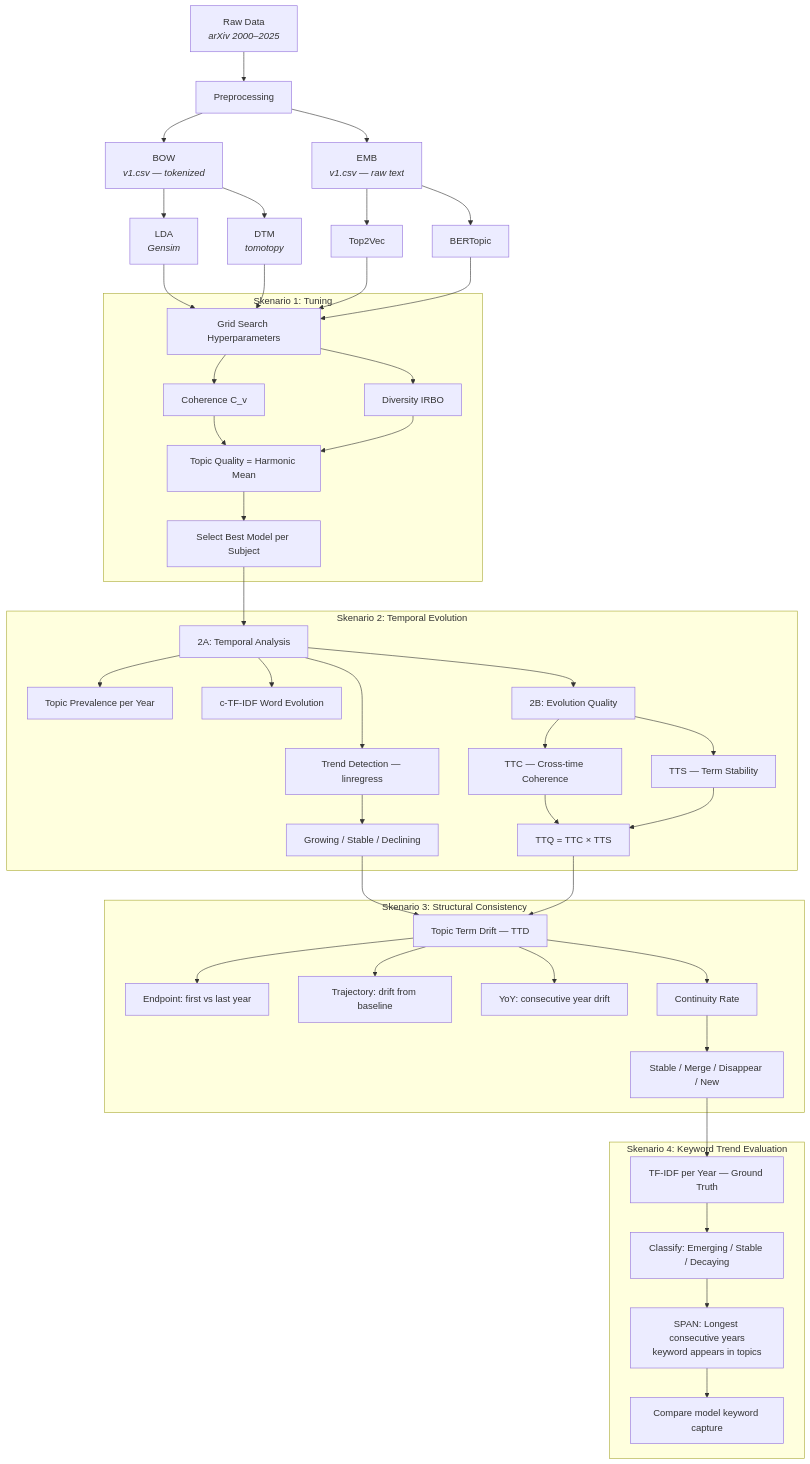
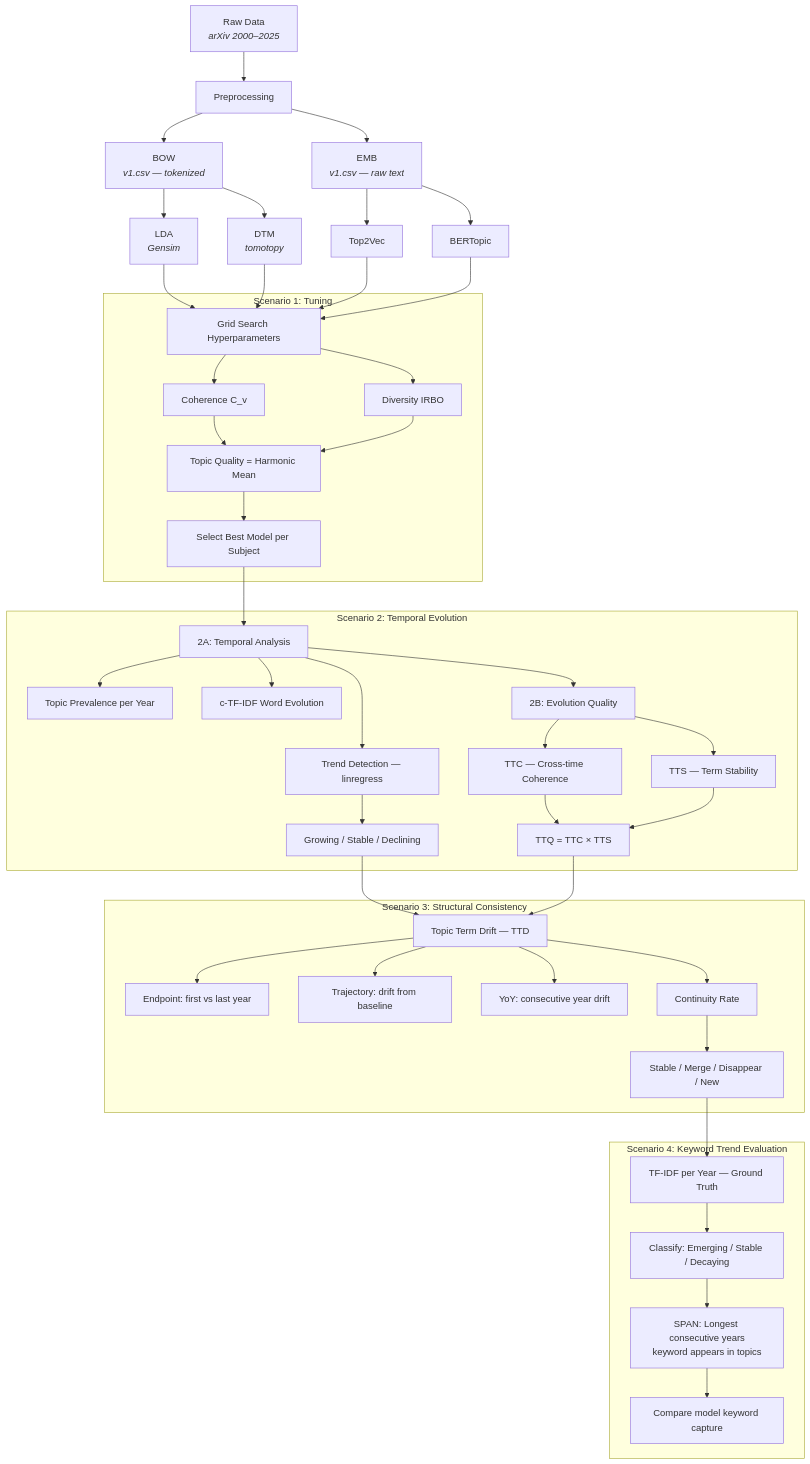
Before and after one commit to unedtamps/my-thesis: the diagram in README.md, drawn with Mermaid. The commit also changed other lines of this file and 27 other files, not shown here.

````diff
--- a/README.md
+++ b/README.md
@@ -7,58 +7,58 @@
 ```mermaid
 graph TD
     A["Raw Data<br/><i>arXiv 2000–2025</i>"] --> B["Preprocessing"]
 
     B --> C["BOW<br/><i>v1.csv — tokenized</i>"]
     B --> D["EMB<br/><i>v1.csv — raw text</i>"]
 
     C --> E["LDA<br/><i>Gensim</i>"]
     C --> F["DTM<br/><i>tomotopy</i>"]
     D --> G["Top2Vec"]
     D --> H["BERTopic"]
 
     E & F & G & H --> S1
 
-    subgraph S1g ["Skenario 1: Tuning"]
+    subgraph S1g ["Scenario 1: Tuning"]
         S1["Grid Search Hyperparameters"]
         S1 --> S1a["Coherence C_v"]
         S1 --> S1b["Diversity IRBO"]
         S1a & S1b --> S1c["Topic Quality = Harmonic Mean"]
         S1c --> S1d["Select Best Model per Subject"]
     end
 
     S1d --> S2
 
-    subgraph S2g ["Skenario 2: Temporal Evolution"]
+    subgraph S2g ["Scenario 2: Temporal Evolution"]
         S2["2A: Temporal Analysis"]
         S2 --> S2a["Topic Prevalence per Year"]
         S2 --> S2b["c-TF-IDF Word Evolution"]
         S2 --> S2c["Trend Detection — linregress"]
         S2c --> S2d["Growing / Stable / Declining"]
 
         S2 --> S2e["2B: Evolution Quality"]
         S2e --> S2f["TTC — Cross-time Coherence"]
         S2e --> S2g2["TTS — Term Stability"]
         S2f & S2g2 --> S2h["TTQ = TTC × TTS"]
     end
 
     S2d & S2h --> S3
 
-    subgraph S3g ["Skenario 3: Structural Consistency"]
+    subgraph S3g ["Scenario 3: Structural Consistency"]
         S3["Topic Term Drift — TTD"]
         S3 --> S3a["Endpoint: first vs last year"]
         S3 --> S3b["Trajectory: drift from baseline"]
         S3 --> S3c["YoY: consecutive year drift"]
 
         S3 --> S3d["Continuity Rate"]
         S3d --> S3e["Stable / Merge / Disappear / New"]
     end
 
     S3e --> S4
 
-    subgraph S4g ["Skenario 4: Keyword Trend Evaluation"]
+    subgraph S4g ["Scenario 4: Keyword Trend Evaluation"]
         S4["TF-IDF per Year — Ground Truth"]
         S4 --> S4a["Classify: Emerging / Stable / Decaying"]
         S4a --> S4b["SPAN: Longest consecutive years<br/>keyword appears in topics"]
         S4b --> S4c["Compare model keyword capture"]
     end
 ```
````
